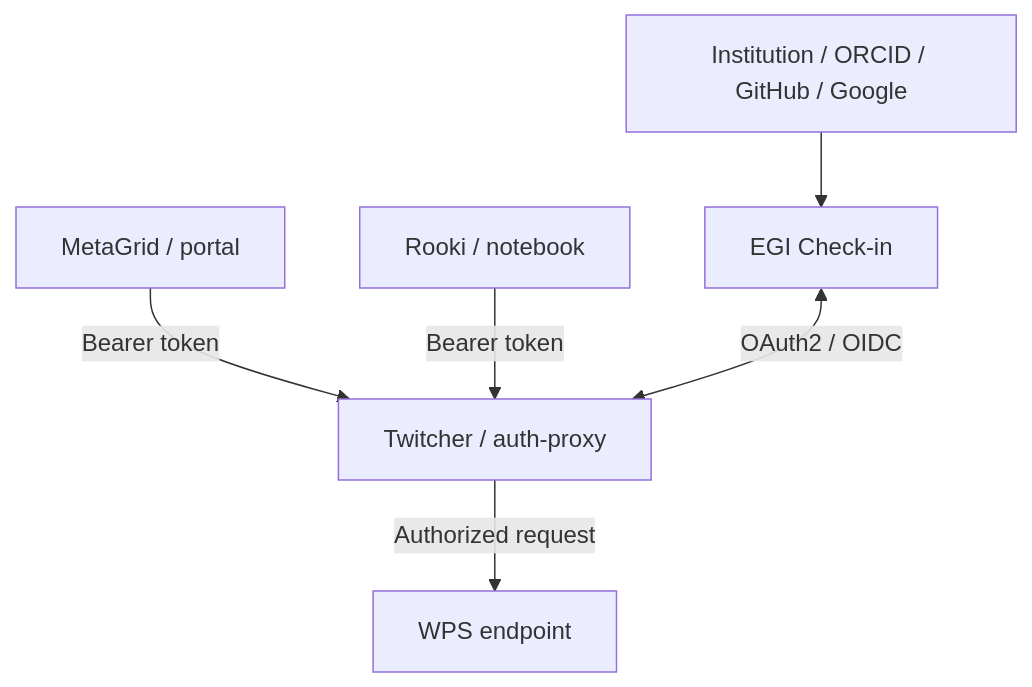
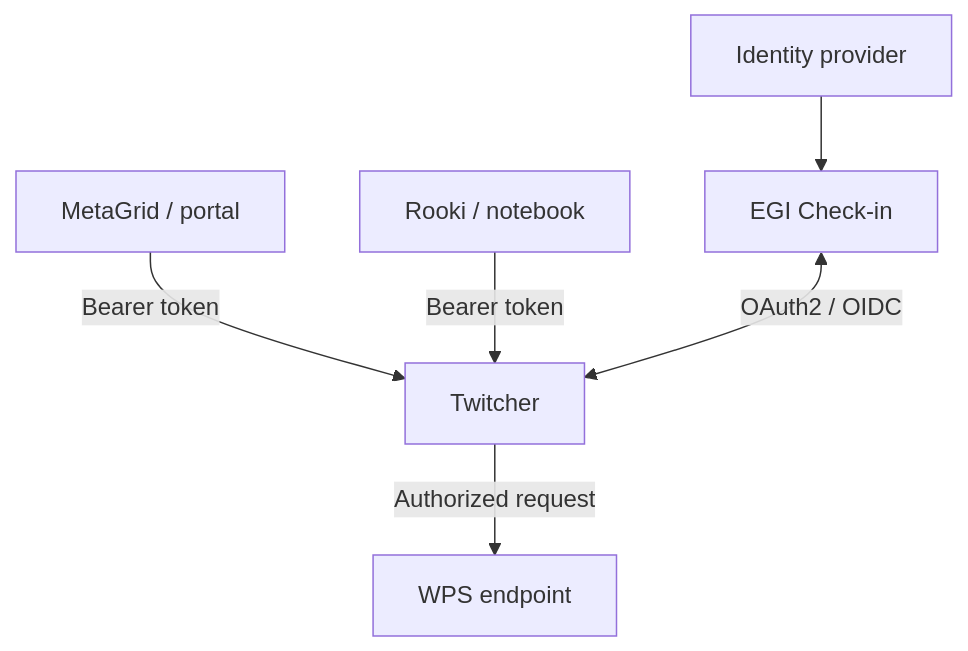
The seventh of 10 diagrams in Rook_WPS_ESGF2_talk_draft.md (roocs/rook), drawn with Mermaid before and after one commit. The commit also changed other lines of this file, not shown here.

````diff
--- a/Rook_WPS_ESGF2_talk_draft.md
+++ b/Rook_WPS_ESGF2_talk_draft.md
@@ -238,10 +251,8 @@
 ```mermaid
 flowchart TD
-    IdP["Institution / ORCID / GitHub / Google"] --> EGI["EGI Check-in"]
-
-    Portal["MetaGrid / portal"] -->|"Bearer token"| Proxy["Twitcher / auth-proxy"]
+    IdP["Identity provider"] --> EGI["EGI Check-in"]
+    Portal["MetaGrid / portal"] -->|"Bearer token"| Proxy["Twitcher"]
     Notebook["Rooki / notebook"] -->|"Bearer token"| Proxy
-
     EGI <-->|"OAuth2 / OIDC"| Proxy
     Proxy -->|"Authorized request"| WPS["WPS endpoint"]
 ```
````
